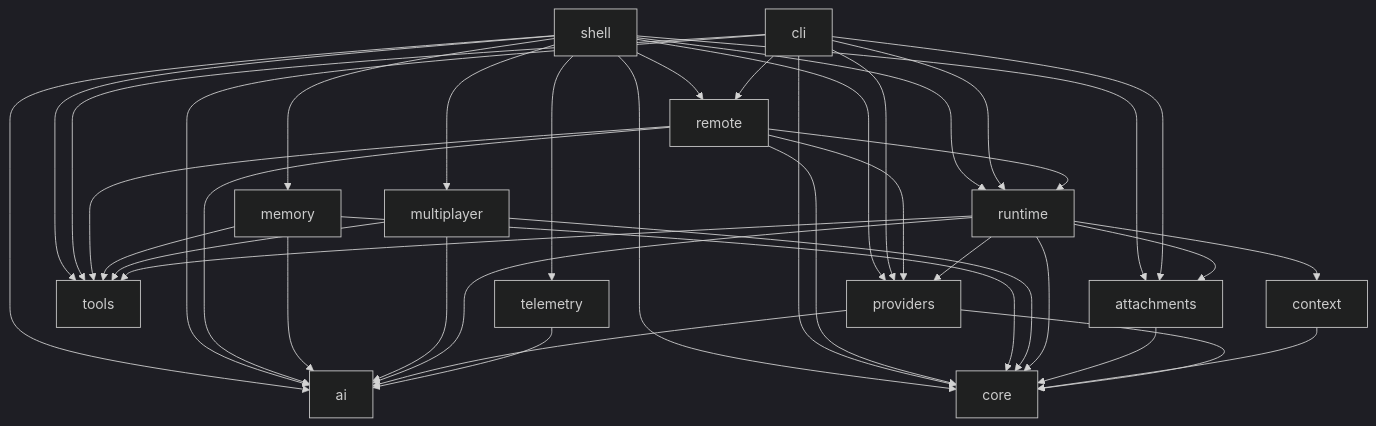
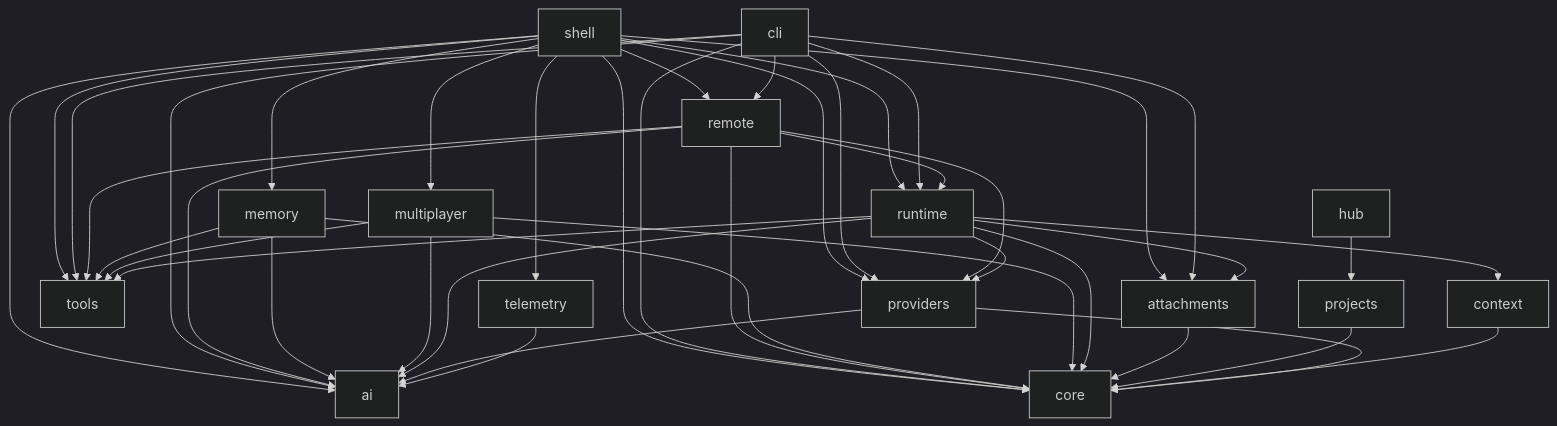
The diagram in docs/architecture.md (v3dqnt/Vivianne-Rust), drawn with Mermaid (dark theme) before and after one commit. The commit also changed other lines of this file and 49 other files, not shown here.

First line of the commit message:
feat(projects): shared-projects rules, hosted service and Supabase accounts schema; settings: one Web & browser page, sections and card rows

````diff
--- a/docs/architecture.md
+++ b/docs/architecture.md
@@ -36,16 +46,18 @@
 ```mermaid
 graph TD
   shell --> memory & multiplayer & remote & runtime & providers & tools & telemetry & core & ai & attachments
   cli --> remote & runtime & providers & tools & core & ai & attachments
   remote --> runtime & providers & tools & core & ai
   memory --> tools & core & ai
   multiplayer --> tools & core & ai
   runtime --> providers & tools & core & ai & attachments & context
   attachments --> core
+  projects --> core
+  hub --> projects
   context --> core
   providers --> core & ai
   telemetry --> ai
   tools
   core
   ai
 ```
````
